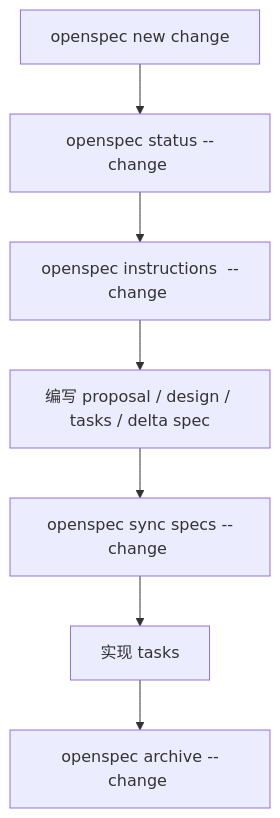
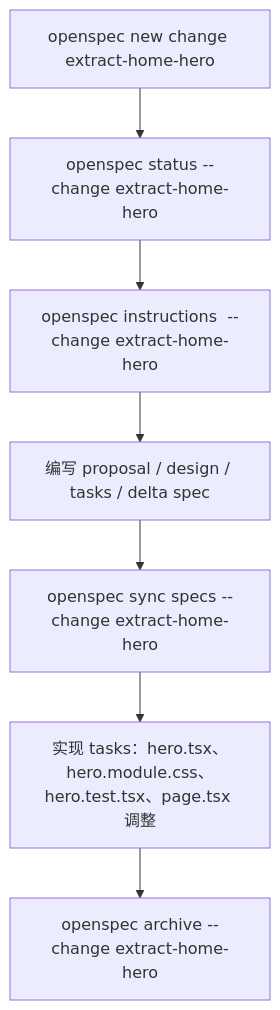
The fifth of 9 diagrams in .qoder/repowiki/zh/content/规格驱动开发/OpenSpec 工具使用.md (luyitiger6/my-first-project), drawn with Mermaid before and after one commit. The commit also changed other lines of this file and 11 other files, not shown here.

````diff
--- a/.qoder/repowiki/zh/content/规格驱动开发/OpenSpec 工具使用.md
+++ b/.qoder/repowiki/zh/content/规格驱动开发/OpenSpec 工具使用.md
@@ -172,9 +231,9 @@
 ```mermaid
 flowchart TD
-A["openspec new change <name>"] --> B["openspec status --change <name>"]
-B --> C["openspec instructions <artifact-id> --change <name>"]
+A["openspec new change extract-home-hero"] --> B["openspec status --change extract-home-hero"]
+B --> C["openspec instructions <artifact-id> --change extract-home-hero"]
 C --> D["编写 proposal / design / tasks / delta spec"]
-D --> E["openspec sync specs --change <name>"]
-E --> F["实现 tasks"]
-F --> G["openspec archive --change <name>"]
+D --> E["openspec sync specs --change extract-home-hero"]
+E --> F["实现 tasks：hero.tsx、hero.module.css、hero.test.tsx、page.tsx 调整"]
+F --> G["openspec archive --change extract-home-hero"]
 ```
````
